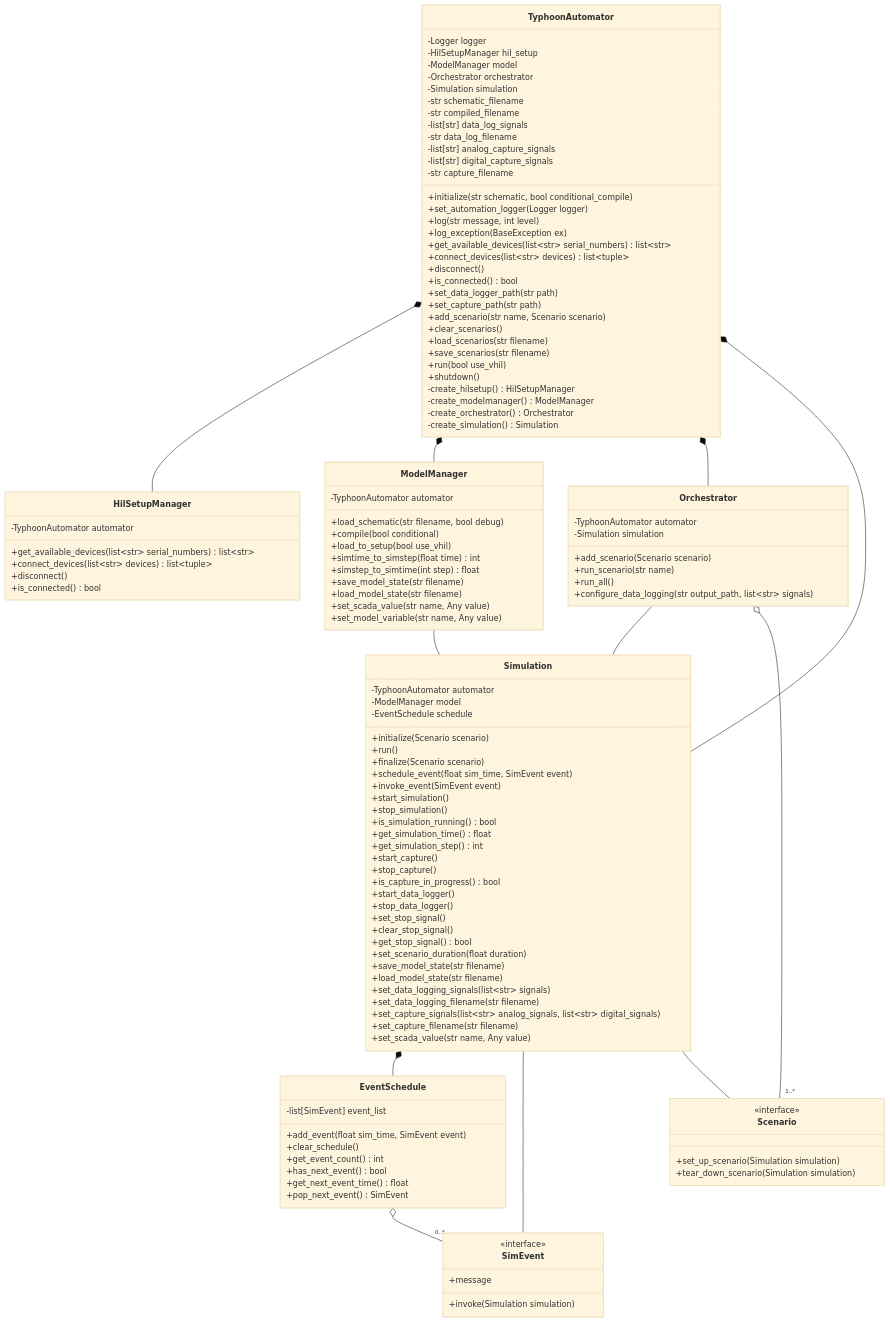
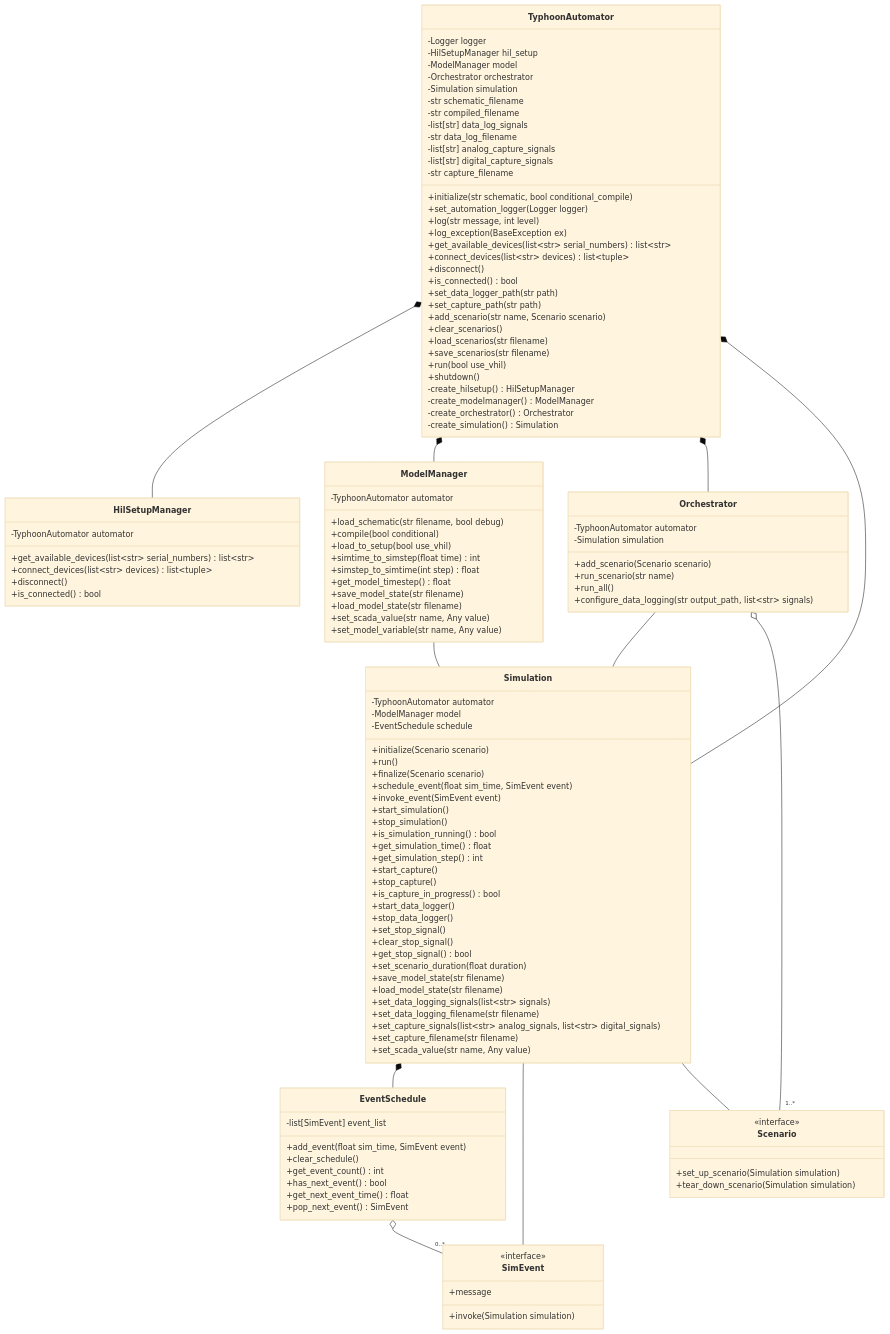
Before and after one commit to UWM-SEES/TyphoonAutomation: the diagram in docs/code/classes.md, drawn with Mermaid (base theme). The commit also changed 1 other file, not shown here.

Commit message:
Add get_model_timestep function

```diff
--- a/docs/code/classes.md
+++ b/docs/code/classes.md
@@ -69,6 +69,8 @@
 
     +simtime_to_simstep(float time) int
     +simstep_to_simtime(int step) float
+
+    +get_model_timestep() float
 
     +save_model_state(str filename)
     +load_model_state(str filename)
```
